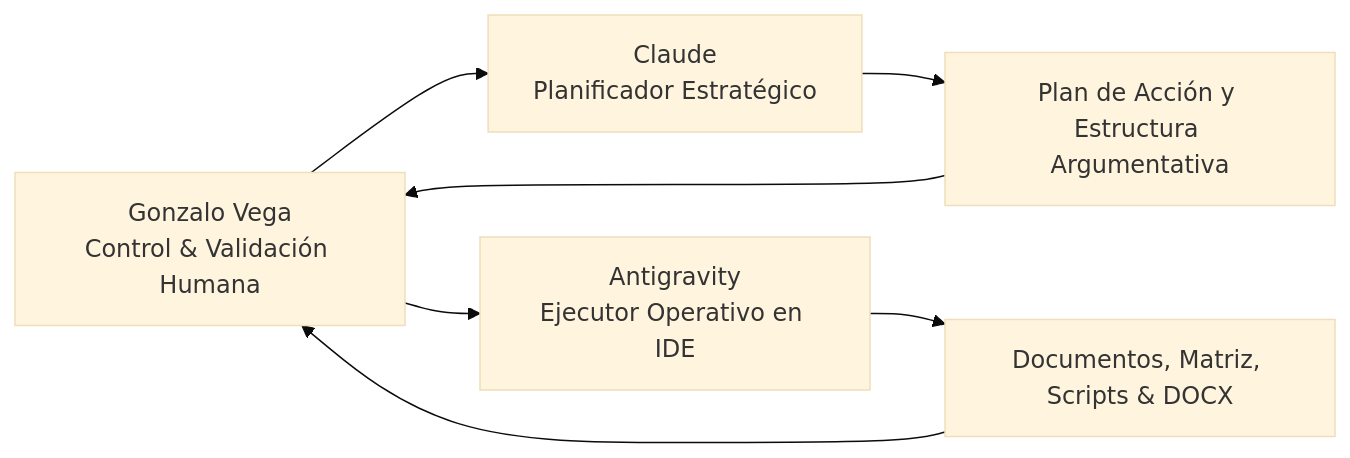
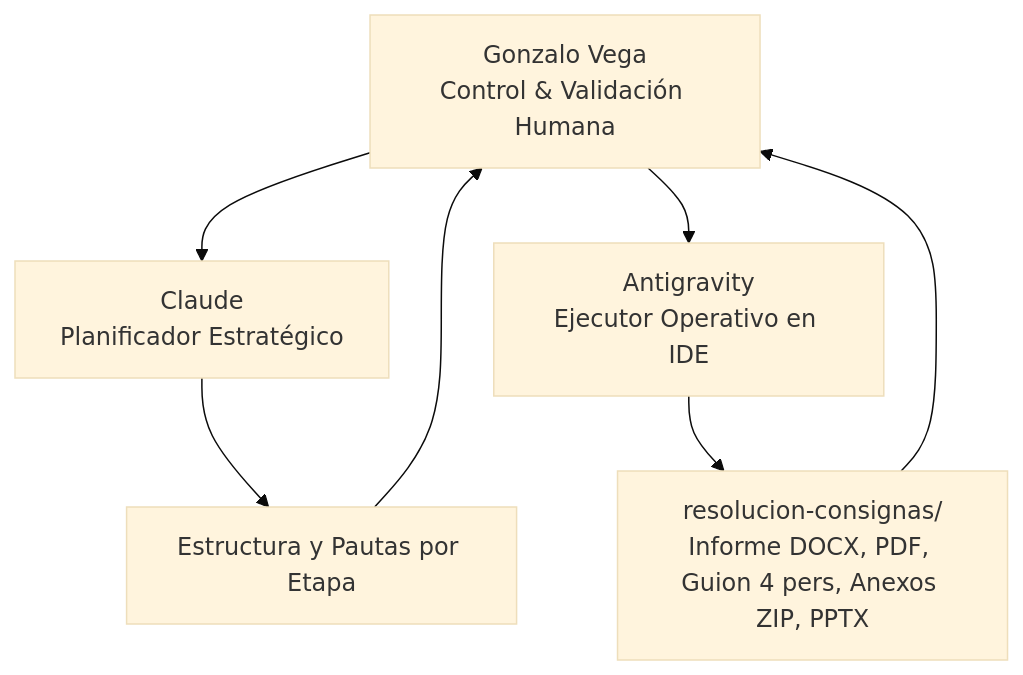
The diagram in actividad-IA/guia-planificador-claude.md (GonzaVega/TPI-Legislacion), drawn with Mermaid (base theme) before and after one commit. The commit also changed other lines of this file and 26 other files, not shown here.

````diff
--- a/actividad-IA/guia-planificador-claude.md
+++ b/actividad-IA/guia-planificador-claude.md
@@ -17,9 +19,9 @@
 ```mermaid
-flowchart LR
+flowchart TD
     User[Gonzalo Vega\nControl & Validación Humana] --> Claude[Claude\nPlanificador Estratégico]
-    Claude --> Plan[Plan de Acción y Estructura Argumentativa]
+    Claude --> Plan[Estructura y Pautas por Etapa]
     Plan --> User
     User --> Antigravity[Antigravity\nEjecutor Operativo en IDE]
-    Antigravity --> Artefactos[Documentos, Matriz, Scripts & DOCX]
-    Artefactos --> User
+    Antigravity --> ResConsignas[resolucion-consignas/\nInforme DOCX, PDF, Guion 4 pers, Anexos ZIP, PPTX]
+    ResConsignas --> User
 ```
````
